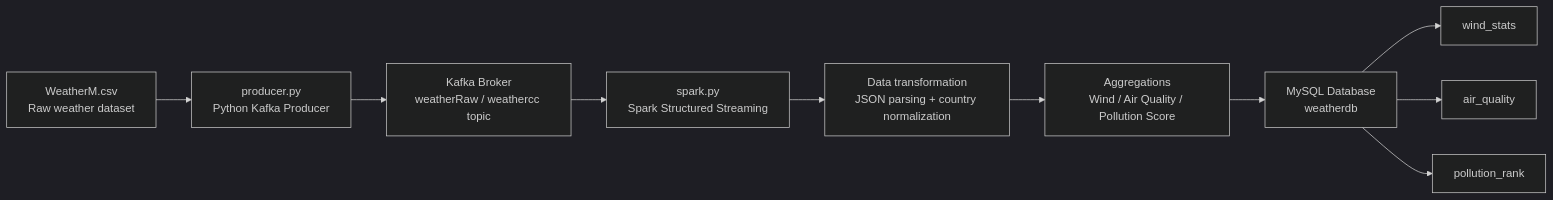
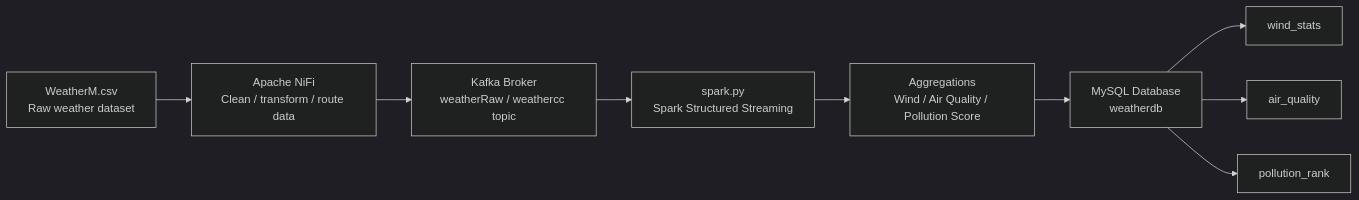
The first of 3 diagrams in README.md (seif-mohamed-kamal/Big_Data), drawn with Mermaid (dark theme) before and after one commit. The commit also changed other lines of this file, not shown here.

Commit message:
Update README to reflect Apache NiFi transformation stage in the architecture and workflow

````diff
--- a/README.md
+++ b/README.md
@@ -34,13 +35,18 @@
 ```mermaid
 flowchart LR
-    A[WeatherM.csv\nRaw weather dataset] --> B[producer.py\nPython Kafka Producer]
-    B --> C[Kafka Broker\nweatherRaw / weathercc topic]
-    C --> D[spark.py\nSpark Structured Streaming]
-    D --> E[Data transformation\nJSON parsing + country normalization]
-    E --> F[Aggregations\nWind / Air Quality / Pollution Score]
-    F --> G[MySQL Database\nweatherdb]
+    A[WeatherM.csv
+Raw weather dataset] --> B[Apache NiFi
+Clean / transform / route data]
+    B --> C[Kafka Broker
+weatherRaw / weathercc topic]
+    C --> D[spark.py
+Spark Structured Streaming]
+    D --> E[Aggregations
+Wind / Air Quality / Pollution Score]
+    E --> F[MySQL Database
+weatherdb]
 
-    G --> H[wind_stats]
-    G --> I[air_quality]
-    G --> J[pollution_rank]
+    F --> G[wind_stats]
+    F --> H[air_quality]
+    F --> I[pollution_rank]
 ```
````
